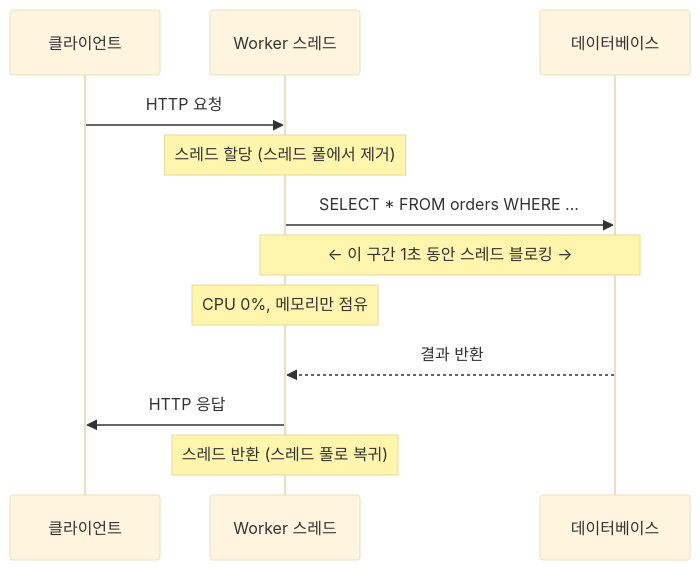
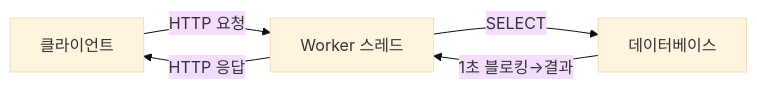
One commit to yjkim2015/yjkim2015.github.io changed the fourth of 12 diagrams in _posts/server/2026-05-01-tomcat-vs-netty.md. Above: the diagram before and after it, drawn with Mermaid (base theme). The commit also changed other lines of this file and 84 other files, not shown here.

First line of the commit message:
85개 포스트 Mermaid 다이어그램 규칙 일괄 수정

````diff
--- a/_posts/server/2026-05-01-tomcat-vs-netty.md
+++ b/_posts/server/2026-05-01-tomcat-vs-netty.md
@@ -103,14 +103,7 @@
 ```mermaid
-sequenceDiagram
-    participant C as 클라이언트
-    participant W as Worker 스레드
-    participant DB as 데이터베이스
-    C->>W: HTTP 요청
-    Note over W: 스레드 할당 (스레드 풀에서 제거)
-    W->>DB: SELECT * FROM orders WHERE ...
-    Note over W,DB: ← 이 구간 1초 동안 스레드 블로킹 →
-    Note over W: CPU 0%, 메모리만 점유
-    DB-->>W: 결과 반환
-    W->>C: HTTP 응답
-    Note over W: 스레드 반환 (스레드 풀로 복귀)
+graph LR
+    C["클라이언트"] -->|"HTTP 요청"| W["Worker 스레드"]
+    W -->|"SELECT"| DB["데이터베이스"]
+    DB -->|"1초 블로킹→결과"| W
+    W -->|"HTTP 응답"| C
 ```
````
